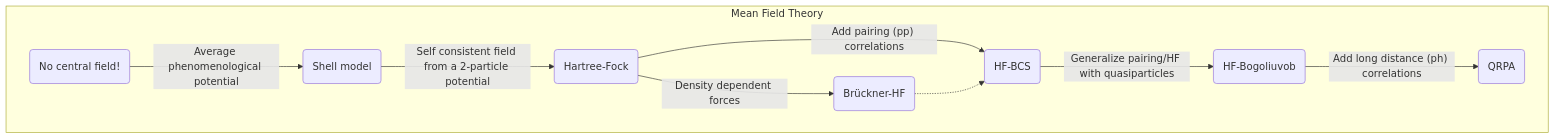
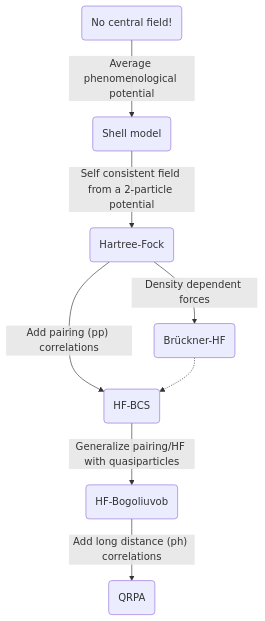
Before and after one commit to Pabce/many-stupid-notes: the diagram in src/site/notes/Neutrino-nucleus/Mean field theory.md, drawn with Mermaid. The commit also changed other lines of this file, not shown here.

Commit message:
Update note Neutrino-nucleus/Mean field theory.md

````diff
--- a/src/site/notes/Neutrino-nucleus/Mean field theory.md
+++ b/src/site/notes/Neutrino-nucleus/Mean field theory.md
@@ -6,20 +6,18 @@
 ```mermaid
 flowchart TD
     id1(No central field!)
     id2(Shell model)
     id3(Hartree-Fock)
     id4(HF-BCS)
     id5(HF-Bogoliuvob)
     id6(QRPA)
     id7(Brückner-HF)
     
-    subgraph Mean Field Theory
     id1-->|Average phenomenological potential|id2
     id2-->|Self consistent field from a 2-particle potential|id3
     id3-->|"Add pairing (pp) correlations"|id4
     id4-->|Generalize pairing/HF with quasiparticles|id5
     id5-->|"Add long distance (ph) correlations"|id6
     id3-->|Density dependent forces|id7
     id7-.->id4
-    end
 ```
````
